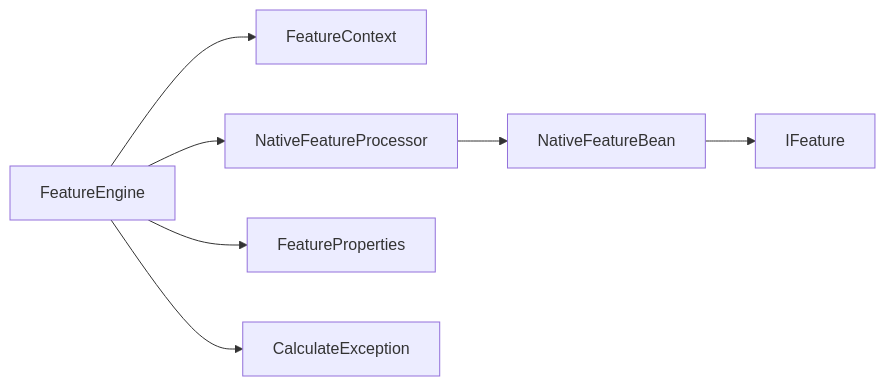
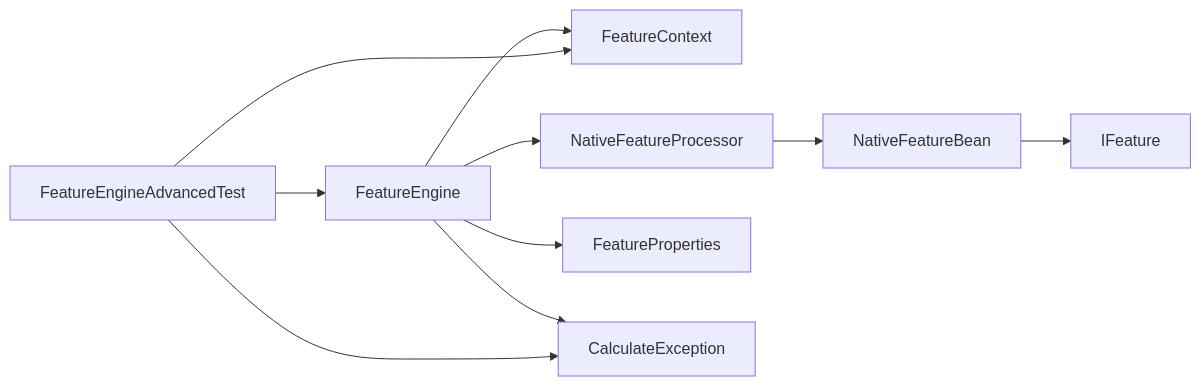
One commit to txzhanghuan/feature changed the fourth of 4 diagrams in .qoder/repowiki/zh/content/API参考/FeatureEngine核心API.md. Above: the diagram before and after it, drawn with Mermaid. The commit also changed other lines of this file and 18 other files, not shown here.

First line of the commit message:
test(feature-engine): 扩展文档与新增高级功能测试覆盖

````diff
--- a/.qoder/repowiki/zh/content/API参考/FeatureEngine核心API.md
+++ b/.qoder/repowiki/zh/content/API参考/FeatureEngine核心API.md
@@ -316,9 +386,12 @@
 ```mermaid
 graph LR
 A["FeatureEngine"] --> B["FeatureContext"]
 A --> C["NativeFeatureProcessor"]
 A --> D["FeatureProperties"]
 A --> E["CalculateException"]
 C --> F["NativeFeatureBean"]
 F --> G["IFeature"]
+H["FeatureEngineAdvancedTest"] --> A
+H --> B
+H --> E
 ```
````
